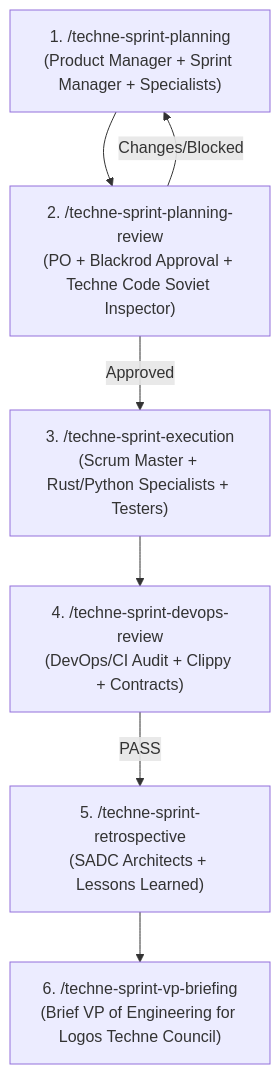
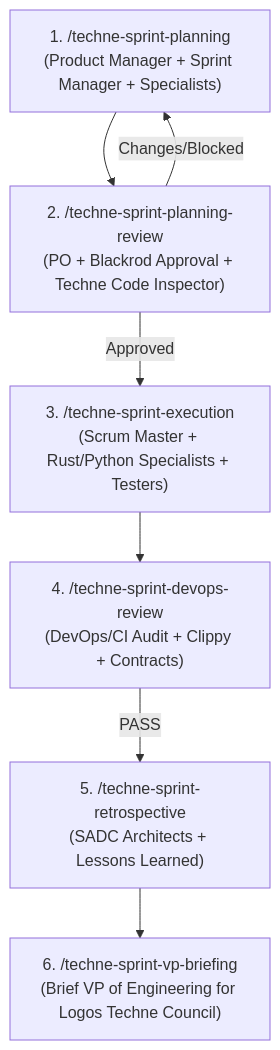
Before and after one commit to dbccpage/proposal_fidelity_protocol_pfp: the diagram in operads/skills/techne-sprint-manager/SKILL.md, drawn with Mermaid. The commit also changed other lines of this file and 8328 other files, not shown here.

````diff
--- a/operads/skills/techne-sprint-manager/SKILL.md
+++ b/operads/skills/techne-sprint-manager/SKILL.md
@@ -19,10 +19,10 @@
 ```mermaid
 flowchart TD
-    A["1. /techne-sprint-planning<br/>(Product Manager + Sprint Manager + Specialists)"] --> B["2. /techne-sprint-planning-review<br/>(PO + Blackrod Approval + Techne Code Soviet Inspector)"]
+    A["1. /techne-sprint-planning<br/>(Product Manager + Sprint Manager + Specialists)"] --> B["2. /techne-sprint-planning-review<br/>(PO + Blackrod Approval + Techne Code Inspector)"]
     B -->|Approved| C["3. /techne-sprint-execution<br/>(Scrum Master + Rust/Python Specialists + Testers)"]
     B -->|Changes/Blocked| A
     C --> D["4. /techne-sprint-devops-review<br/>(DevOps/CI Audit + Clippy + Contracts)"]
     D -->|PASS| E["5. /techne-sprint-retrospective<br/>(SADC Architects + Lessons Learned)"]
     E --> F["6. /techne-sprint-vp-briefing<br/>(Brief VP of Engineering for Logos Techne Council)"]
 
 ```
````
